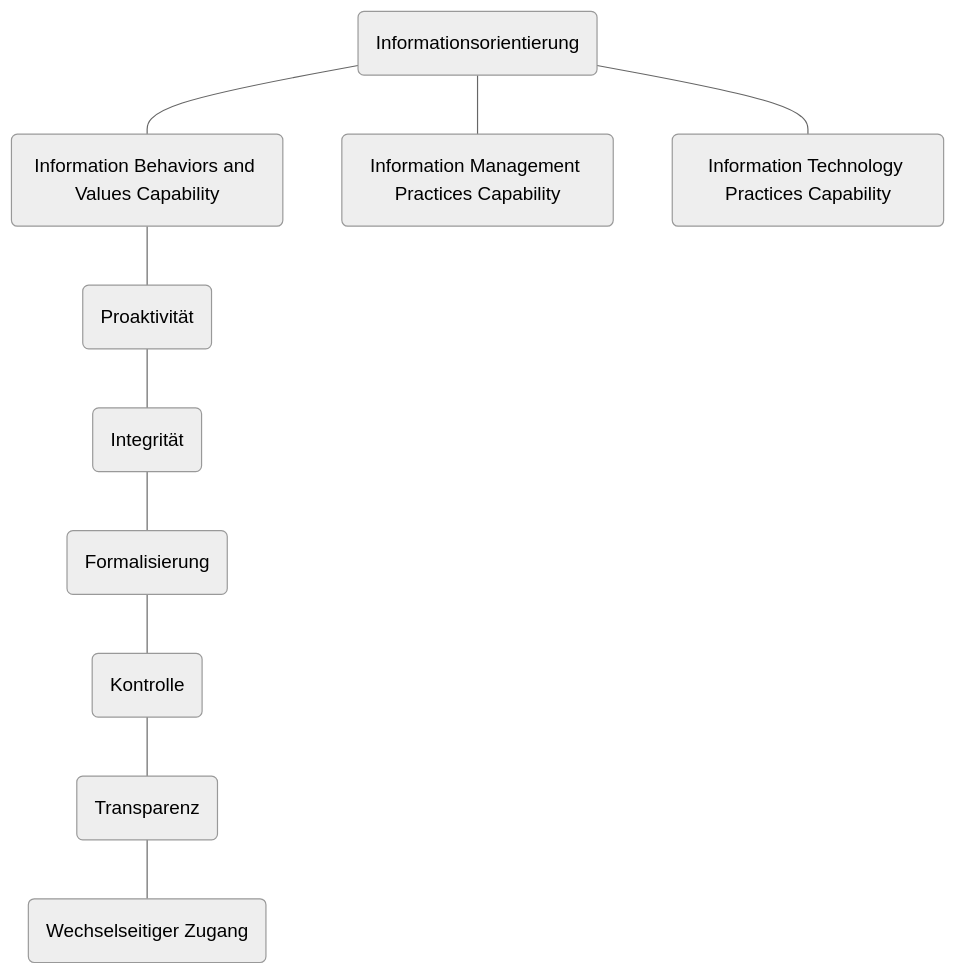
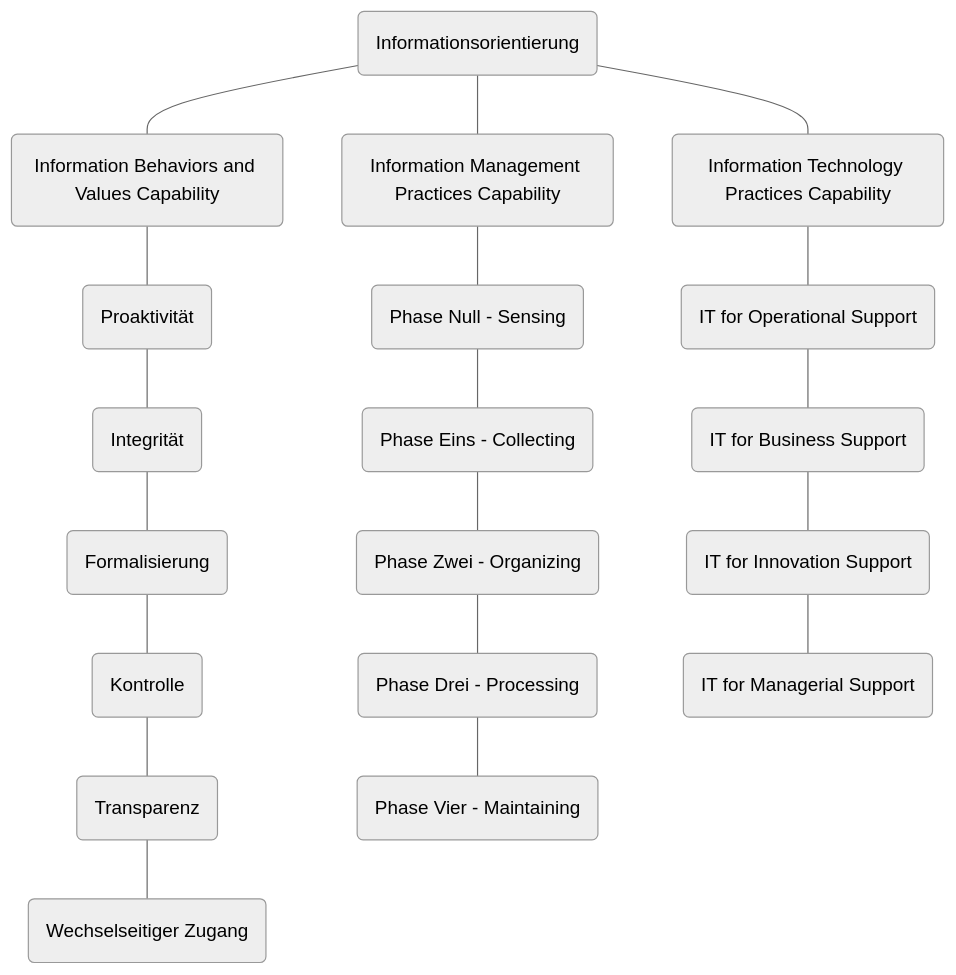
The first of 2 diagrams in docs/Informationsmanagement/Informationsmanagement-in-Organisationen/Informationsorientierung.md (heshsum/winfowiki), drawn with Mermaid (neutral theme) before and after one commit. The commit also changed other lines of this file, not shown here.

Commit message:
Informationsorientierung aktualisiert

````diff
--- a/docs/Informationsmanagement/Informationsmanagement-in-Organisationen/Informationsorientierung.md
+++ b/docs/Informationsmanagement/Informationsmanagement-in-Organisationen/Informationsorientierung.md
@@ -32,22 +33,41 @@
 ```mermaid
 graph TD;
     a("Informationsorientierung")
     b("Information Behaviors and Values Capability")
     b1(Proaktivität)
     b2(Integrität)
     b3(Formalisierung)
     b4(Kontrolle)
     b5(Transparenz)
     b6("Wechselseitiger Zugang")
     c("Information Management Practices Capability")
+    c1(Phase Null - Sensing)
+    c2(Phase Eins - Collecting)
+    c3(Phase Zwei - Organizing)
+    c4(Phase Drei - Processing)
+    c5(Phase Vier - Maintaining)
     d("Information Technology Practices Capability")
+    d1(IT for Operational Support)
+    d2(IT for Business Support)
+    d3(IT for Innovation Support)
+    d4(IT for Managerial Support)
+
     a --- b
     b --- b1
     b1 --- b2
     b2 --- b3
     b3 --- b4
     b4 --- b5
     b5 --- b6
     a --- c
+    c --- c1
+    c1 --- c2
+    c2 --- c3
+    c3 --- c4
+    c4 --- c5
     a --- d
+    d --- d1
+    d1 --- d2
+    d2 --- d3
+    d3 --- d4
 ```
````
